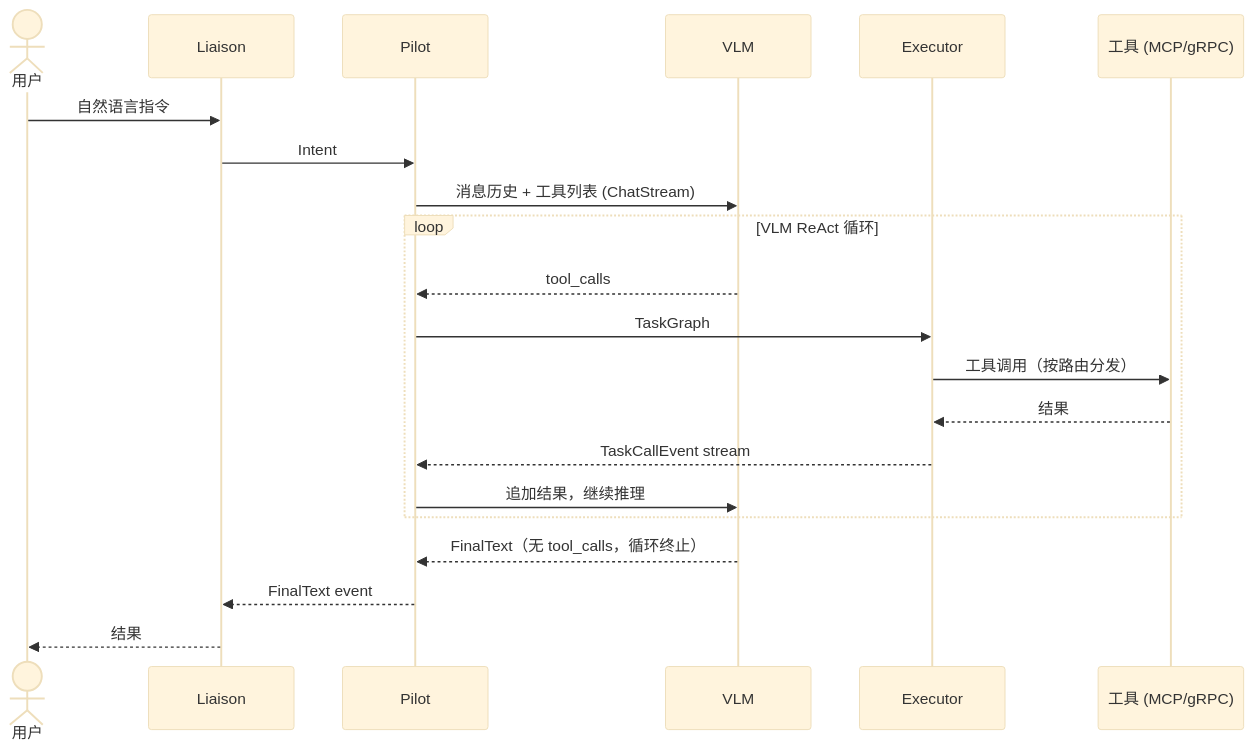
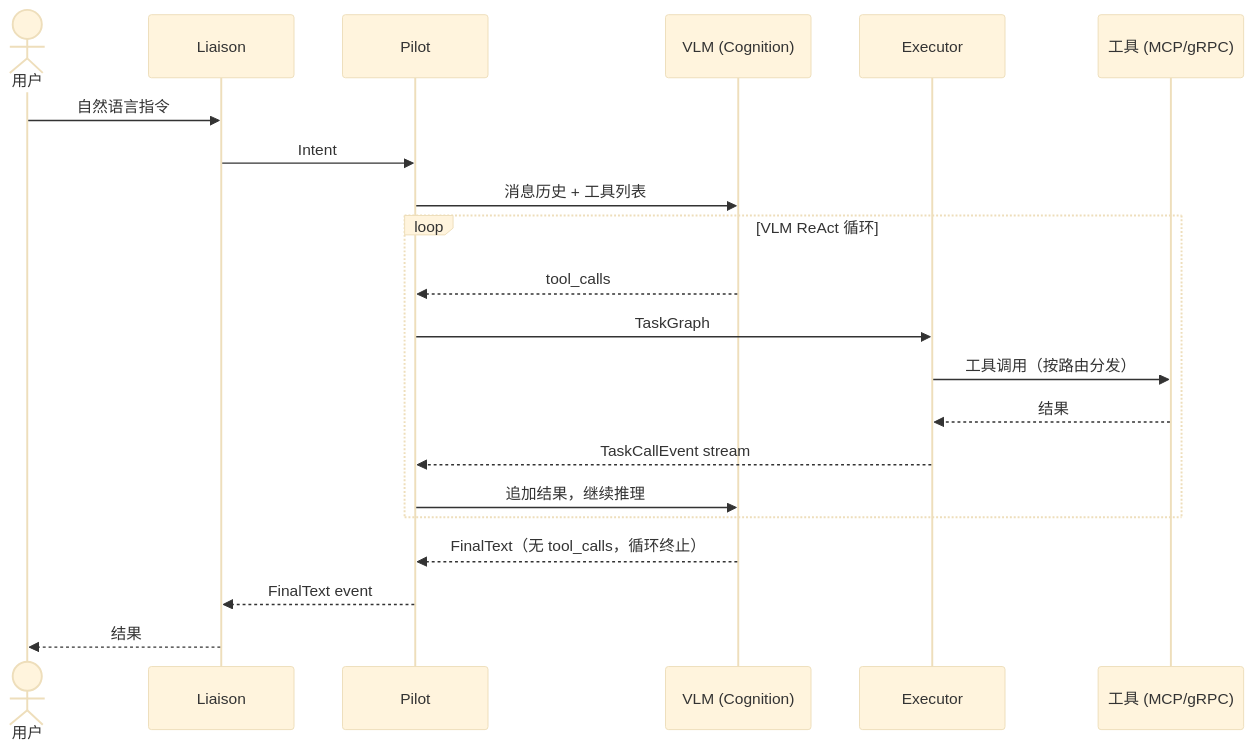
One commit to syswonder/robonix-book changed the diagram in src/architecture/overview.md. Above: the diagram before and after it, drawn with Mermaid. The commit also changed other lines of this file and 32 other files, not shown here.

First line of the commit message:
docs: update README and architecture documentation

````diff
--- a/src/architecture/overview.md
+++ b/src/architecture/overview.md
@@ -56,27 +16,27 @@
 ```mermaid
 %%{init: {'theme': 'base'}}%%
 sequenceDiagram
     actor U as 用户
     participant L as Liaison
     participant P as Pilot
-    participant V as VLM
+    participant V as VLM (Cognition)
     participant E as Executor
     participant T as 工具 (MCP/gRPC)
 
     U->>L: 自然语言指令
     L->>P: Intent
-    P->>V: 消息历史 + 工具列表 (ChatStream)
+    P->>V: 消息历史 + 工具列表
 
     loop VLM ReAct 循环
         V-->>P: tool_calls
         P->>E: TaskGraph
         E->>T: 工具调用（按路由分发）
         T-->>E: 结果
         E-->>P: TaskCallEvent stream
         P->>V: 追加结果，继续推理
     end
 
     V-->>P: FinalText（无 tool_calls，循环终止）
     P-->>L: FinalText event
     L-->>U: 结果
 ```
````
